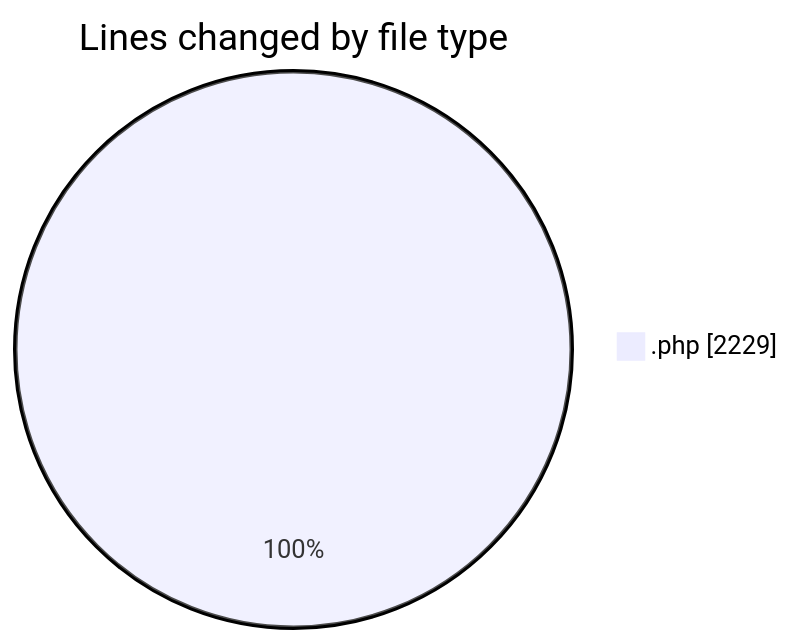
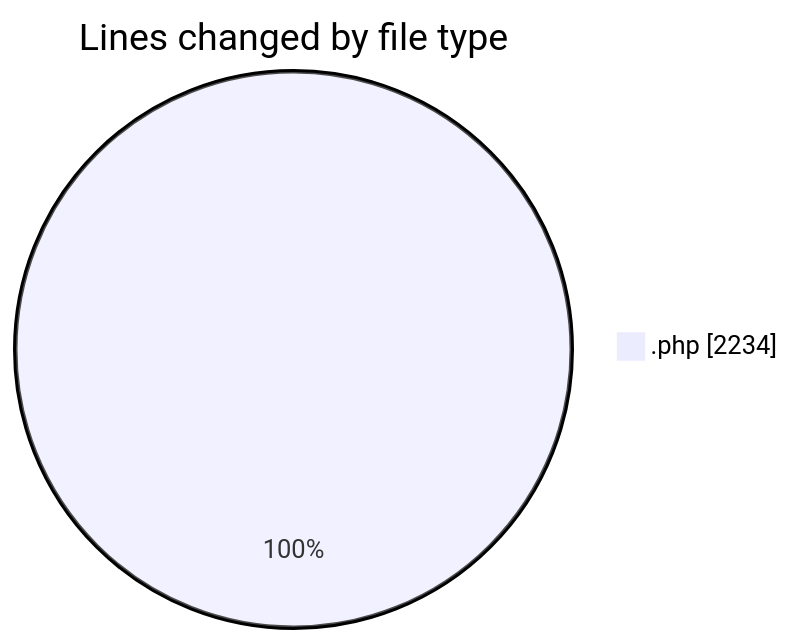
Before and after one commit to debugP/code-tracking: the first of 2 diagrams in 2025-10-22/untitled__workspace_/README.md, drawn with Mermaid. The commit also changed other lines of this file and 1 other file, not shown here.

````diff
--- a/2025-10-22/untitled__workspace_/README.md
+++ b/2025-10-22/untitled__workspace_/README.md
@@ -20,5 +20,5 @@
 ```mermaid
 pie showData
 title Lines changed by file type
-".php" : 2229
+".php" : 2234
 ```
````
